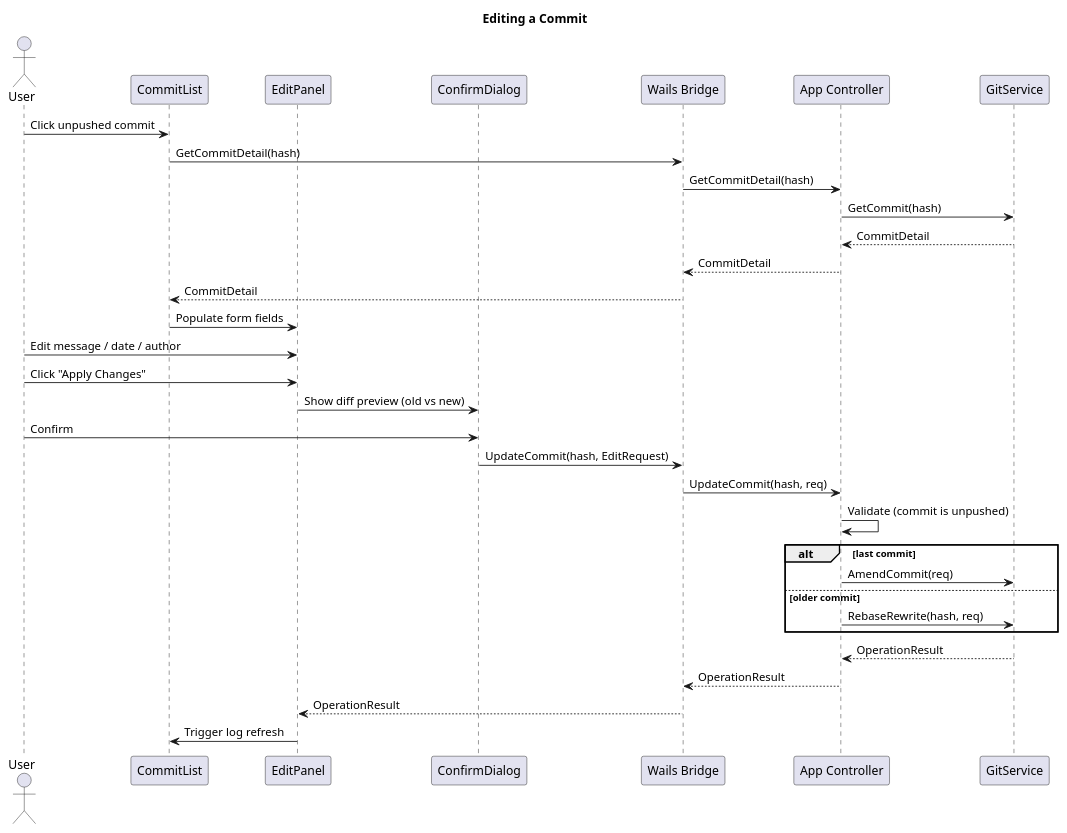
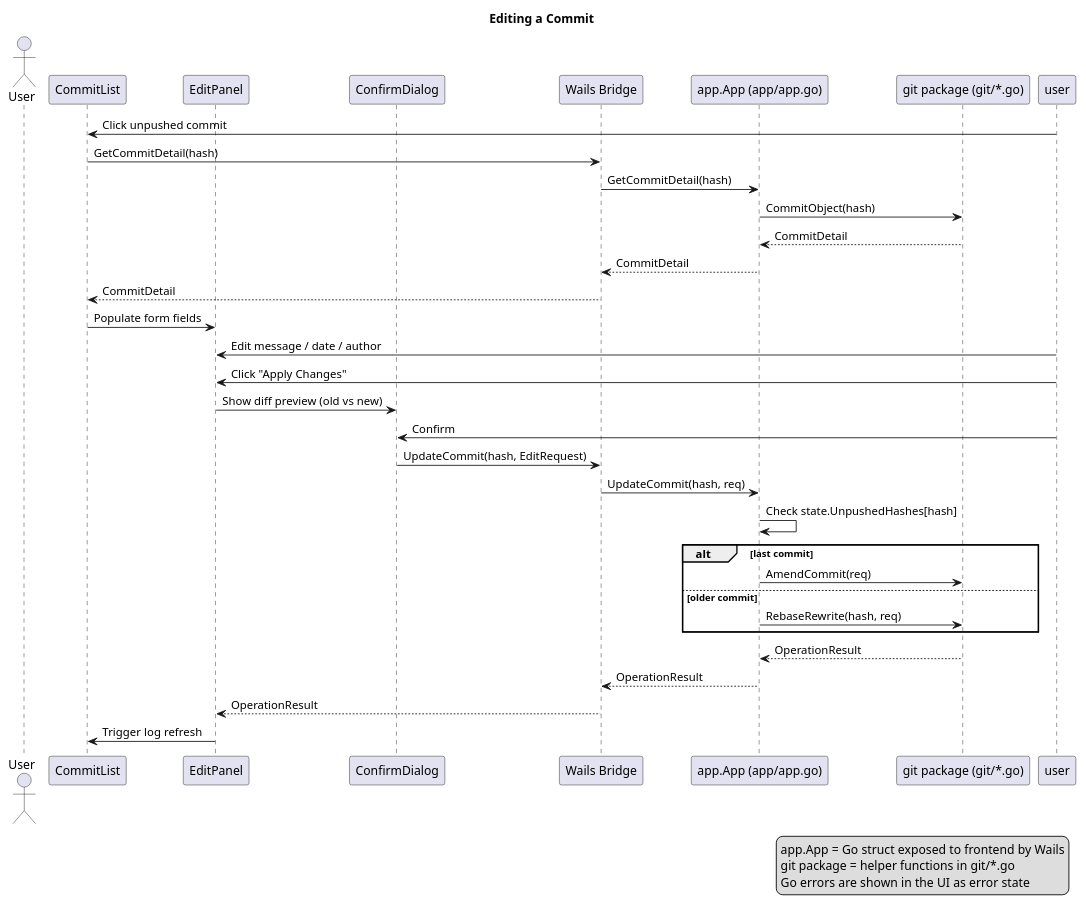
One commit to DunderGG/gitgo changed the diagram in docs/diagrams/sequence-edit-commit.puml. Above: the diagram before and after it, drawn with PlantUML. The commit also changed 3 other files, not shown here.

```diff
--- a/docs/diagrams/sequence-edit-commit.puml
+++ b/docs/diagrams/sequence-edit-commit.puml
@@ -1,41 +1,47 @@
 @startuml sequence-edit-commit
 title Editing a Commit
 
 actor User as U
 participant "CommitList" as CL
 participant "EditPanel" as EP
 participant "ConfirmDialog" as CD
-participant "Wails Bridge" as W
-participant "App Controller" as AC
-participant "GitService" as GS
+participant "Wails Bridge" as wails
+participant "app.App (app/app.go)" as app 
+participant "git package (git/*.go)" as git 
 
-U -> CL : Click unpushed commit
-CL -> W : GetCommitDetail(hash)
-W -> AC : GetCommitDetail(hash)
-AC -> GS : GetCommit(hash)
-GS --> AC : CommitDetail
-AC --> W : CommitDetail
-W --> CL : CommitDetail
+legend right
+    app.App = Go struct exposed to frontend by Wails
+    git package = helper functions in git/*.go
+    Go errors are shown in the UI as error state
+endlegend
+
+user -> CL : Click unpushed commit
+CL -> wails : GetCommitDetail(hash)
+wails -> app : GetCommitDetail(hash)
+app -> git  : CommitObject(hash)
+git  --> app : CommitDetail
+app --> wails : CommitDetail
+wails --> CL : CommitDetail
 CL -> EP : Populate form fields
 
-U -> EP : Edit message / date / author
-U -> EP : Click "Apply Changes"
+user -> EP : Edit message / date / author
+user -> EP : Click "Apply Changes"
 EP -> CD : Show diff preview (old vs new)
-U -> CD : Confirm
+user -> CD : Confirm
 
-CD -> W : UpdateCommit(hash, EditRequest)
-W -> AC : UpdateCommit(hash, req)
-AC -> AC : Validate (commit is unpushed)
+CD -> wails : UpdateCommit(hash, EditRequest)
+wails -> app : UpdateCommit(hash, req)
+app -> app : Check state.UnpushedHashes[hash]
 
 alt last commit
-    AC -> GS : AmendCommit(req)
+    app -> git  : AmendCommit(req)
 else older commit
-    AC -> GS : RebaseRewrite(hash, req)
+    app -> git  : RebaseRewrite(hash, req)
 end
 
-GS --> AC : OperationResult
-AC --> W : OperationResult
-W --> EP : OperationResult
+git  --> app : OperationResult
+app --> wails : OperationResult
+wails --> EP : OperationResult
 EP -> CL : Trigger log refresh
 
 @enduml
```
